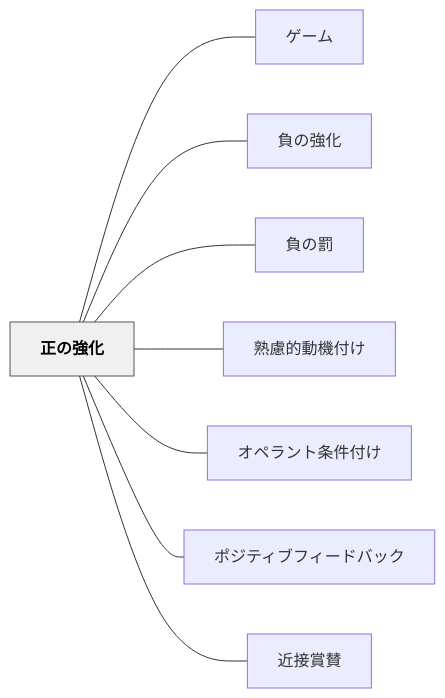
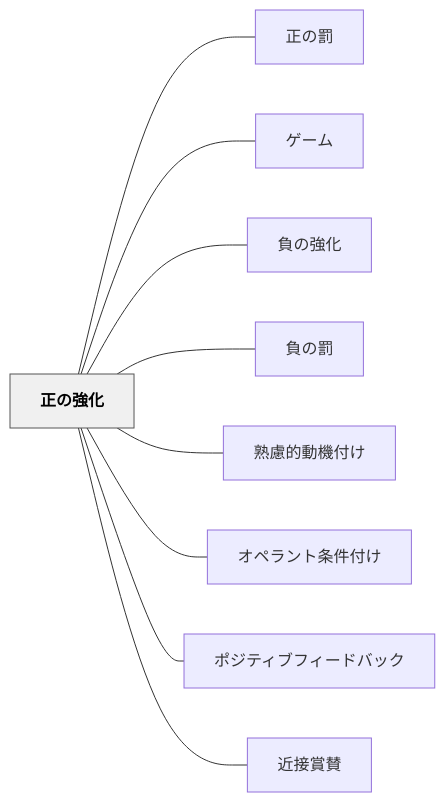
The diagram in content/パタン/正の強化.md (unknownthings-ed-patterns/unknownthings-ed-patterns), drawn with Mermaid before and after one commit. The commit also changed other lines of this file and 20 other files, not shown here.

````diff
--- a/content/パタン/正の強化.md
+++ b/content/パタン/正の強化.md
@@ -37,22 +37,24 @@
 ```mermaid
 flowchart LR
     ne6ada3e381aee5bcb7e58c96["正の強化"]
+    ne6ada3e381aee7bdb0["正の罰"]
     ne382b2e383bce383a0["ゲーム"]
     ne8b2a0e381aee5bcb7e58c96["負の強化"]
     ne8b2a0e381aee7bdb0["負の罰"]
     ne7869fe685aee79a84e58b95e6a99fe4bb98e38191["熟慮的動機付け"]
     ne382aae3839ae383a9e383b3e38388e69da1e4bbb6e4bb98e38191["オペラント条件付け"]
     ne3839de382b8e38386e382a3e38396e38395e382a3e383bce38389e38390e38383e382af["ポジティブフィードバック"]
     ne8bf91e68ea5e8b39ee8b39b["近接賞賛"]
 
+    ne6ada3e381aee5bcb7e58c96 --- ne6ada3e381aee7bdb0
     ne6ada3e381aee5bcb7e58c96 --- ne382b2e383bce383a0
     ne6ada3e381aee5bcb7e58c96 --- ne8b2a0e381aee5bcb7e58c96
     ne6ada3e381aee5bcb7e58c96 --- ne8b2a0e381aee7bdb0
     ne6ada3e381aee5bcb7e58c96 --- ne7869fe685aee79a84e58b95e6a99fe4bb98e38191
     ne6ada3e381aee5bcb7e58c96 --- ne382aae3839ae383a9e383b3e38388e69da1e4bbb6e4bb98e38191
     ne6ada3e381aee5bcb7e58c96 --- ne3839de382b8e38386e382a3e38396e38395e382a3e383bce38389e38390e38383e382af
     ne6ada3e381aee5bcb7e58c96 --- ne8bf91e68ea5e8b39ee8b39b
 
     classDef hub fill:#f0f0f0,stroke:#555,color:#000,font-weight:bold
     class ne6ada3e381aee5bcb7e58c96 hub
 ```
````
